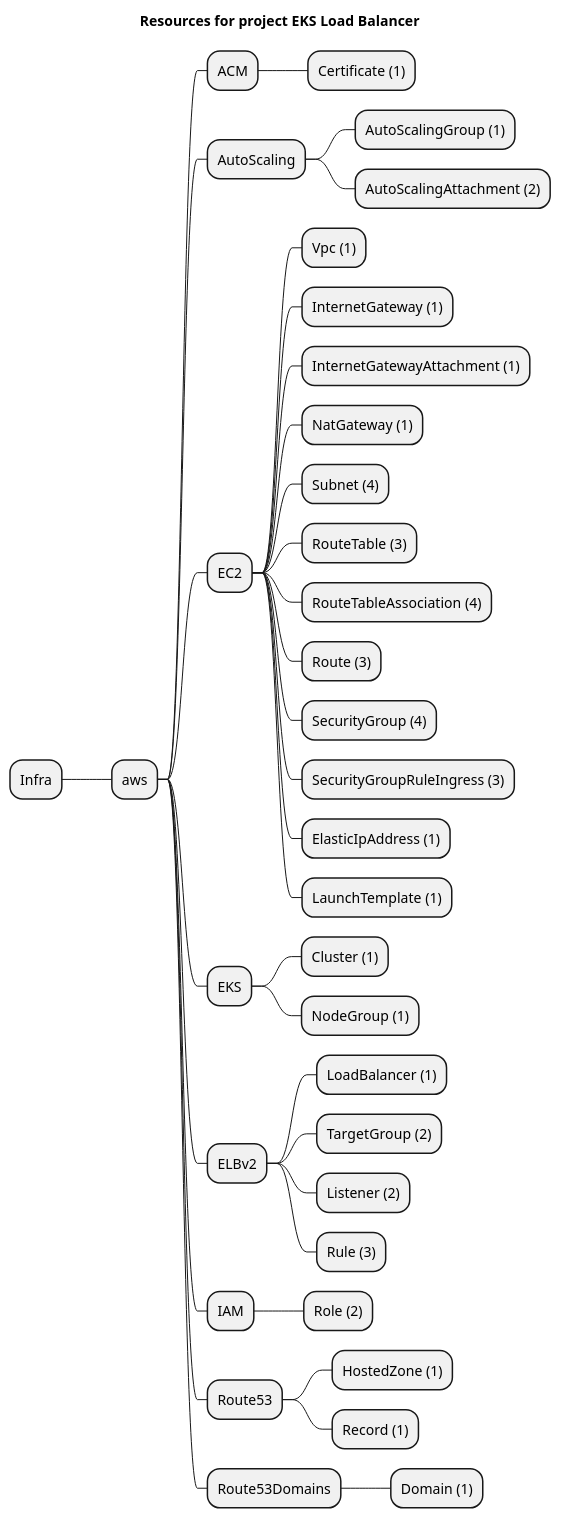
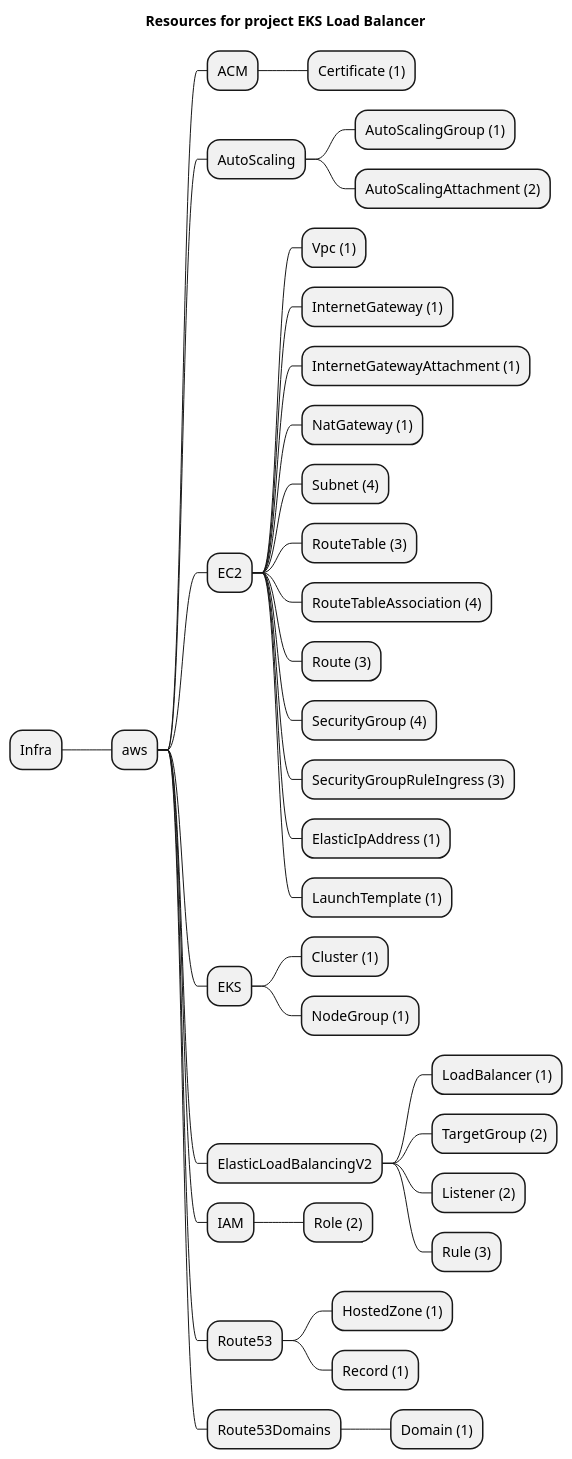
The diagram in examples/aws/EKS/eks-load-balancer/artifacts/resources-mindmap.puml (grucloud/grucloud), drawn with PlantUML before and after one commit. The commit also changed 104 other files, not shown here.

```diff
--- a/examples/aws/EKS/eks-load-balancer/artifacts/resources-mindmap.puml
+++ b/examples/aws/EKS/eks-load-balancer/artifacts/resources-mindmap.puml
@@ -1,39 +1,39 @@
 @startmindmap
 title Resources for project EKS Load Balancer
 skinparam monochrome true
 + Infra
 ++ aws
 +++ ACM
 ++++ Certificate (1)
 +++ AutoScaling
 ++++ AutoScalingGroup (1)
 ++++ AutoScalingAttachment (2)
 +++ EC2
 ++++ Vpc (1)
 ++++ InternetGateway (1)
 ++++ InternetGatewayAttachment (1)
 ++++ NatGateway (1)
 ++++ Subnet (4)
 ++++ RouteTable (3)
 ++++ RouteTableAssociation (4)
 ++++ Route (3)
 ++++ SecurityGroup (4)
 ++++ SecurityGroupRuleIngress (3)
 ++++ ElasticIpAddress (1)
 ++++ LaunchTemplate (1)
 +++ EKS
 ++++ Cluster (1)
 ++++ NodeGroup (1)
-+++ ELBv2
++++ ElasticLoadBalancingV2
 ++++ LoadBalancer (1)
 ++++ TargetGroup (2)
 ++++ Listener (2)
 ++++ Rule (3)
 +++ IAM
 ++++ Role (2)
 +++ Route53
 ++++ HostedZone (1)
 ++++ Record (1)
 +++ Route53Domains
 ++++ Domain (1)
 @endmindmap
```
